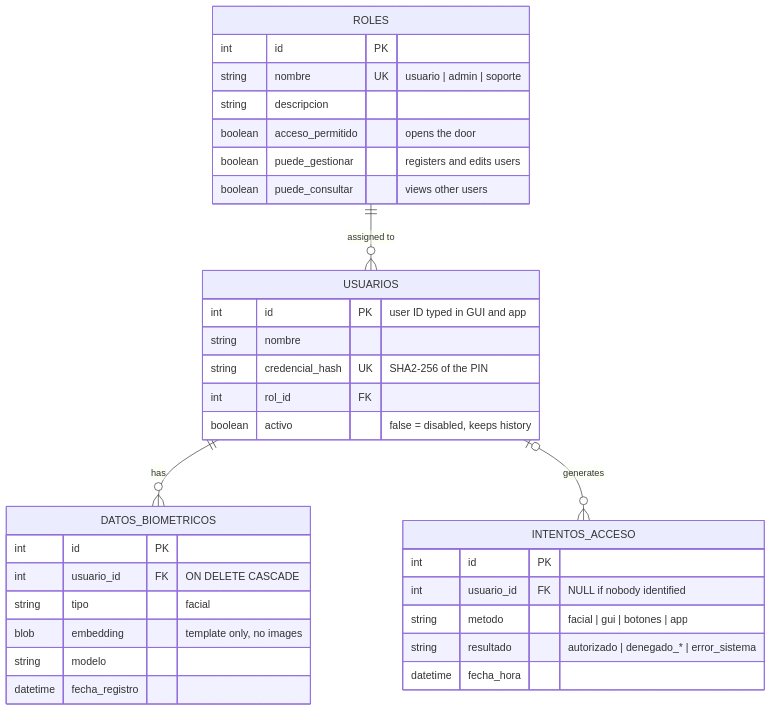
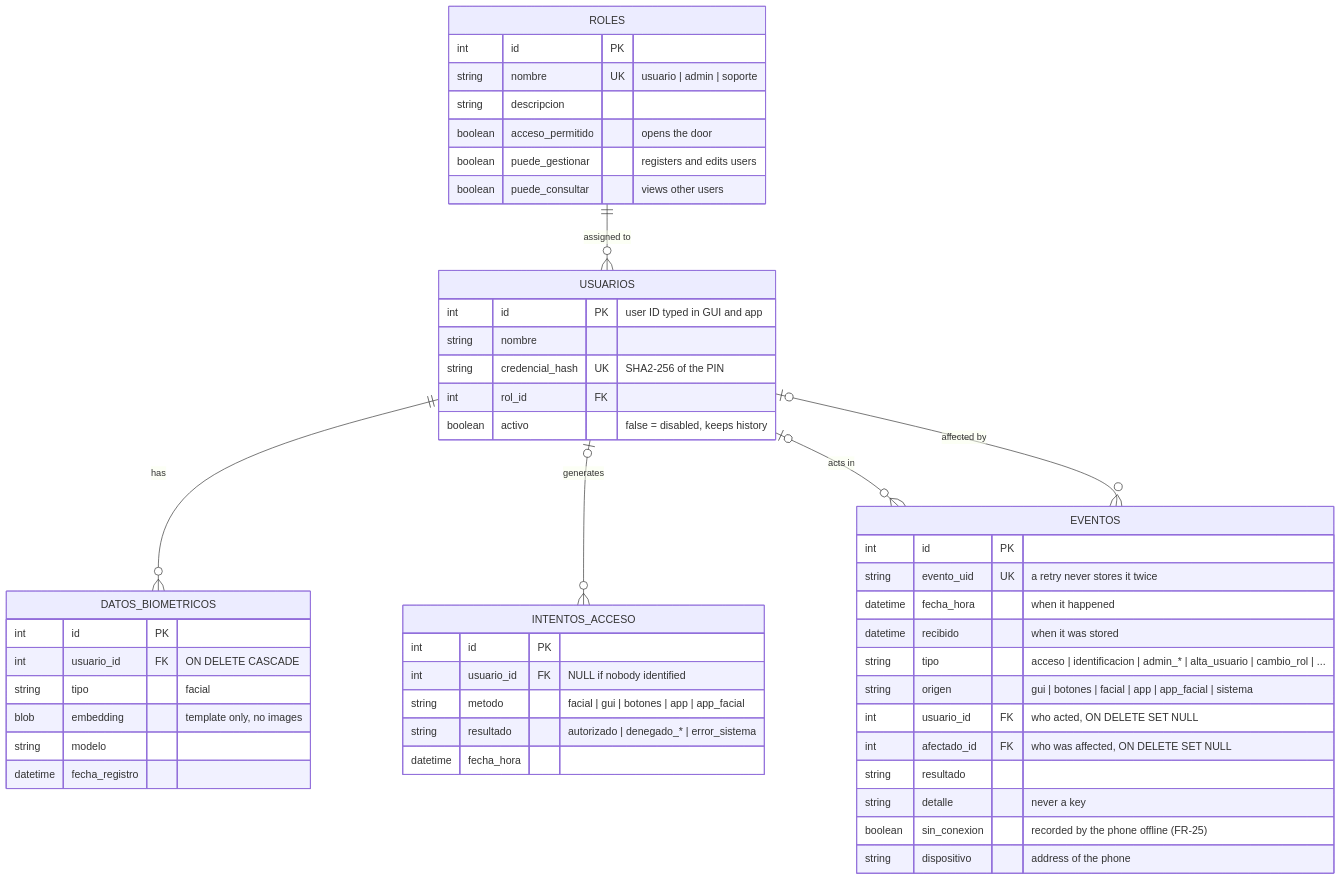
The diagram in docs/data.md (MrGodie/ControlAccesoRPI), drawn with Mermaid before and after one commit. The commit also changed 12 other files, not shown here.

````diff
--- a/docs/data.md
+++ b/docs/data.md
@@ -1,40 +1,57 @@
 ```mermaid
 erDiagram
     ROLES ||--o{ USUARIOS : "assigned to"
     USUARIOS ||--o{ DATOS_BIOMETRICOS : "has"
     USUARIOS |o--o{ INTENTOS_ACCESO : "generates"
+    USUARIOS |o--o{ EVENTOS : "acts in"
+    USUARIOS |o--o{ EVENTOS : "affected by"
 
     ROLES {
         int id PK
         string nombre UK "usuario | admin | soporte"
         string descripcion
         boolean acceso_permitido "opens the door"
         boolean puede_gestionar "registers and edits users"
         boolean puede_consultar "views other users"
     }
 
     USUARIOS {
         int id PK "user ID typed in GUI and app"
         string nombre
         string credencial_hash UK "SHA2-256 of the PIN"
         int rol_id FK
         boolean activo "false = disabled, keeps history"
     }
 
     DATOS_BIOMETRICOS {
         int id PK
         int usuario_id FK "ON DELETE CASCADE"
         string tipo "facial"
         blob embedding "template only, no images"
         string modelo
         datetime fecha_registro
     }
 
     INTENTOS_ACCESO {
         int id PK
         int usuario_id FK "NULL if nobody identified"
-        string metodo "facial | gui | botones | app"
+        string metodo "facial | gui | botones | app | app_facial"
         string resultado "autorizado | denegado_* | error_sistema"
         datetime fecha_hora
     }
+
+    EVENTOS {
+        int id PK
+        string evento_uid UK "a retry never stores it twice"
+        datetime fecha_hora "when it happened"
+        datetime recibido "when it was stored"
+        string tipo "acceso | identificacion | admin_* | alta_usuario | cambio_rol | ..."
+        string origen "gui | botones | facial | app | app_facial | sistema"
+        int usuario_id FK "who acted, ON DELETE SET NULL"
+        int afectado_id FK "who was affected, ON DELETE SET NULL"
+        string resultado
+        string detalle "never a key"
+        boolean sin_conexion "recorded by the phone offline (FR-25)"
+        string dispositivo "address of the phone"
+    }
 ```
````
